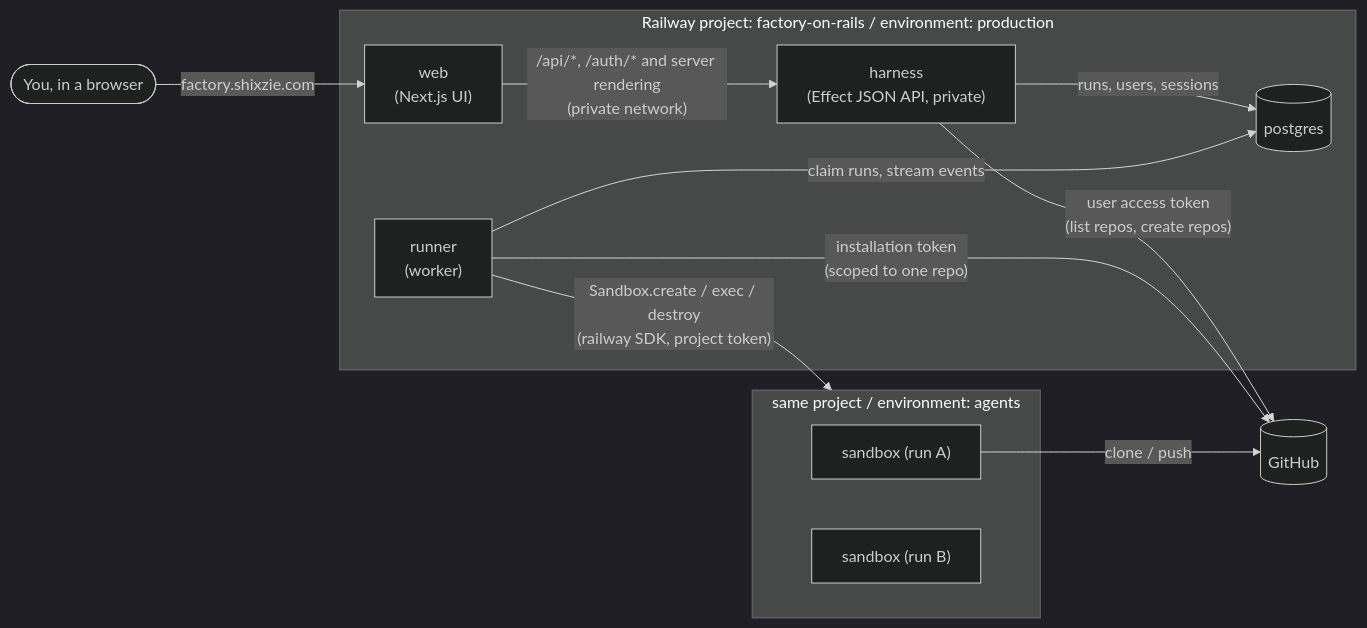
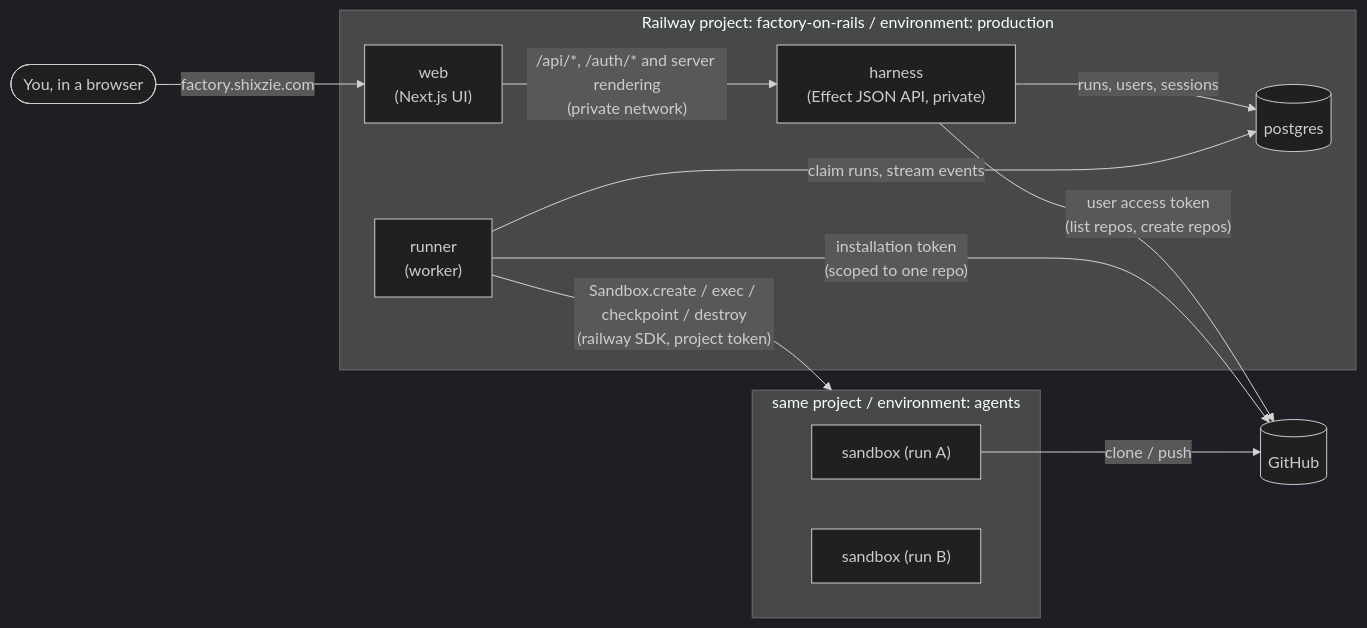
Before and after one commit to shixzie/factory-on-rails: the diagram in docs/architecture.md, drawn with Mermaid (dark theme). The commit also changed other lines of this file and 18 other files, not shown here.

````diff
--- a/docs/architecture.md
+++ b/docs/architecture.md
@@ -11,21 +12,21 @@
 ```mermaid
 flowchart LR
   user([You, in a browser]) -->|factory.shixzie.com| web
   subgraph production["Railway project: factory-on-rails / environment: production"]
     web["web<br/>(Next.js UI)"]
     harness["harness<br/>(Effect JSON API, private)"]
     web -- "/api/*, /auth/* and server rendering<br/>(private network)" --> harness
     runner["runner<br/>(worker)"]
     db[("postgres")]
     harness -- runs, users, sessions --> db
     runner -- claim runs, stream events --> db
   end
   subgraph agents["same project / environment: agents"]
     sbx1["sandbox (run A)"]
     sbx2["sandbox (run B)"]
   end
-  runner -- "Sandbox.create / exec / destroy<br/>(railway SDK, project token)" --> agents
+  runner -- "Sandbox.create / exec / checkpoint / destroy<br/>(railway SDK, project token)" --> agents
   harness -- "user access token<br/>(list repos, create repos)" --> gh[(GitHub)]
   runner -- "installation token<br/>(scoped to one repo)" --> gh
   sbx1 -- "clone / push" --> gh
 ```
````
